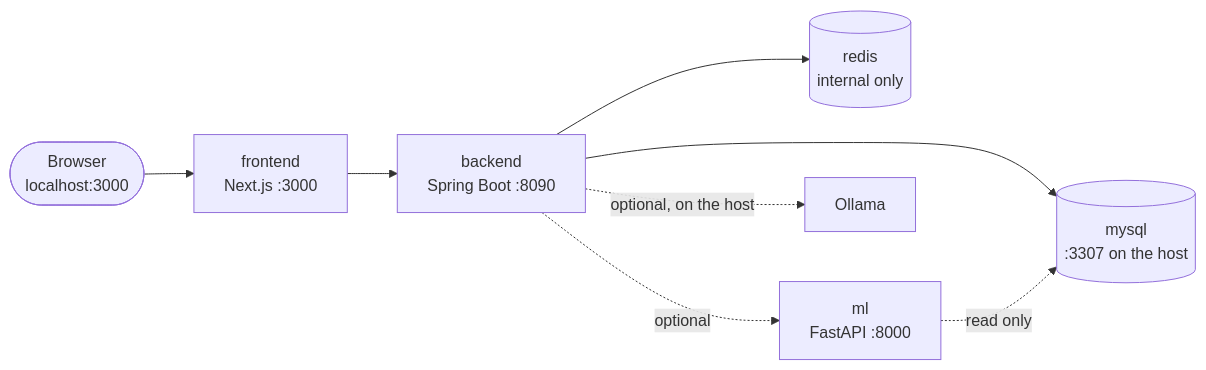
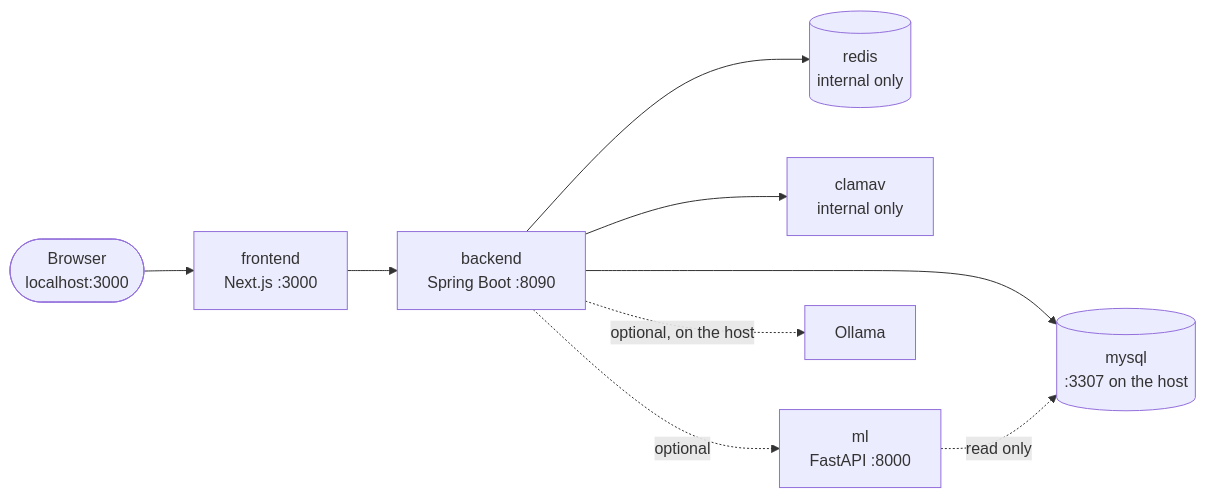
Before and after one commit to DonatoCorbacioDev/bcm-v2-docker: the first of 2 diagrams in README.md, drawn with Mermaid. The commit also changed other lines of this file and 3 other files, not shown here.

````diff
--- a/README.md
+++ b/README.md
@@ -29,10 +29,11 @@
 ```mermaid
 flowchart LR
     dev(["Browser<br/>localhost:3000"]) --> fe["frontend<br/>Next.js :3000"]
     fe --> api["backend<br/>Spring Boot :8090"]
     api --> db[("mysql<br/>:3307 on the host")]
     api --> redis[("redis<br/>internal only")]
+    api --> clamav["clamav<br/>internal only"]
     api -.->|optional| ml["ml<br/>FastAPI :8000"]
     ml -.->|read only| db
     api -.->|optional, on the host| ollama["Ollama"]
 ```
````
